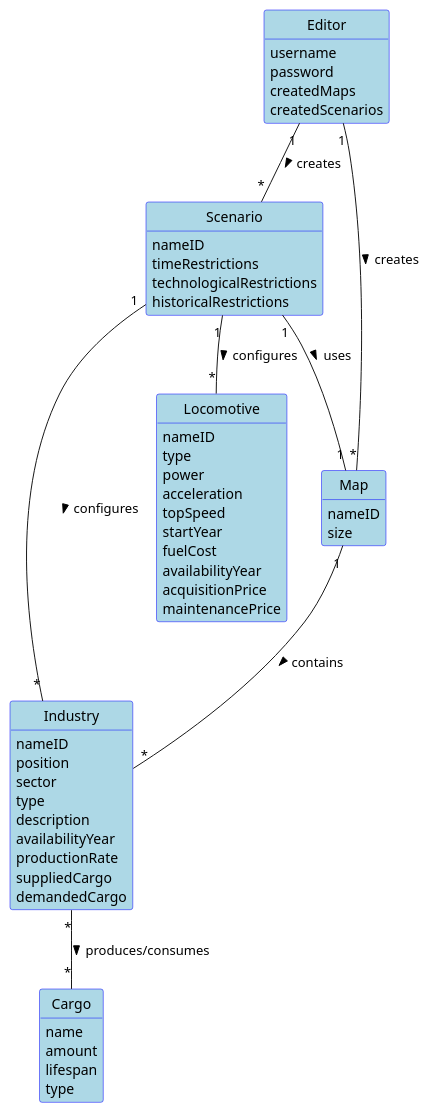
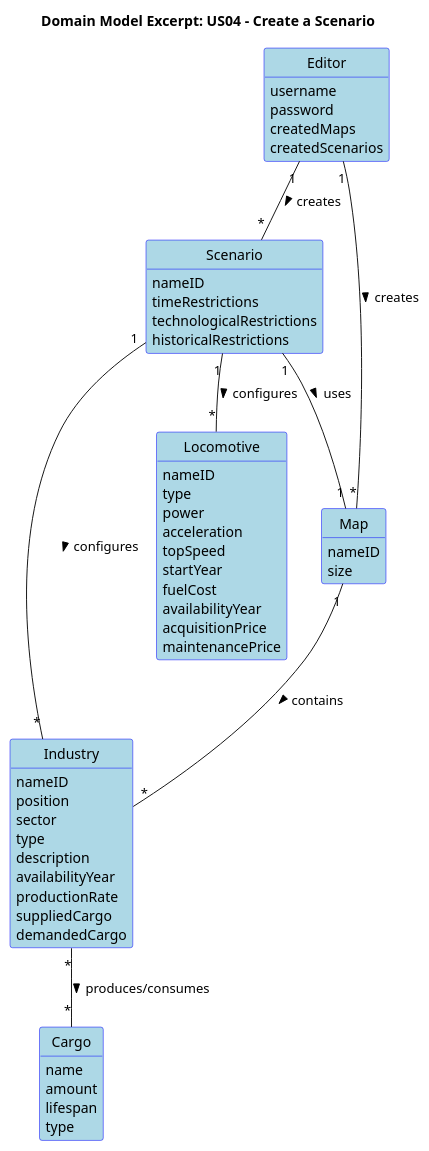
Before and after one commit to HenriqueSilva18/Railway-Network-Simulator: the diagram in docs/system-documentation/Sprint 1/US04/02.analysis/puml/US04-DM.puml, drawn with PlantUML. The commit also changed 3 other files, not shown here.

```diff
--- a/docs/system-documentation/Sprint 1/US04/02.analysis/puml/US04-DM.puml
+++ b/docs/system-documentation/Sprint 1/US04/02.analysis/puml/US04-DM.puml
@@ -1,74 +1,76 @@
 @startuml
 skinparam shadowing false
 skinparam classAttributeIconSize 0
 skinparam class {
   BackgroundColor LightBlue
   BorderColor Blue
 }
 skinparam enum {
   BackgroundColor LightBlue
   BorderColor Blue
 }
 hide circle
 hide methods
+
+title Domain Model Excerpt: US04 - Create a Scenario
 
 class Editor {
     username
     password
     createdMaps
     createdScenarios
 }
 
 class Scenario {
   nameID
   timeRestrictions
   technologicalRestrictions
   historicalRestrictions
 }
 
 class Map {
   nameID
   size
 }
 
 class Industry {
   nameID
   position
   sector
   type
   description
   availabilityYear
   productionRate
   suppliedCargo
   demandedCargo
 }
 
 class Cargo {
   name
   amount
   lifespan
   type
 }
 
 class Locomotive {
   nameID
   type
   power
   acceleration
   topSpeed
   startYear
   fuelCost
   availabilityYear
   acquisitionPrice
   maintenancePrice
 }
 
 Editor "1" -- "*" Map : creates >
 Editor "1" -- "*" Scenario : creates >
 Scenario "1" -- "1" Map : uses >
 Map "1" -- "*" Industry : contains >
 Industry "*" -- "*" Cargo : produces/consumes >
 Scenario "1" -- "*" Locomotive : configures >
 Scenario "1" -- "*" Industry : configures >
 
 @enduml
```
